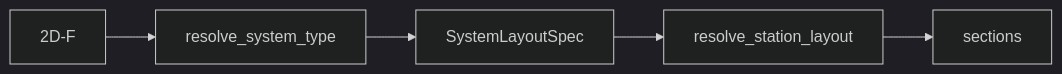
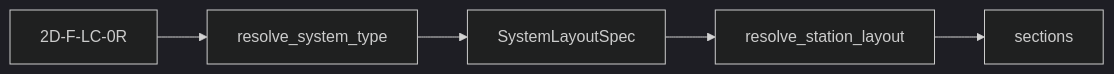
Before and after one commit to samhughes-fea/implicit-geometry-kernel: the diagram in docs/section/layout/README.md, drawn with Mermaid (dark theme). The commit also changed other lines of this file and 589 other files, not shown here.

````diff
--- a/docs/section/layout/README.md
+++ b/docs/section/layout/README.md
@@ -84,7 +84,7 @@
 ```mermaid
 flowchart LR
-  Key["2D-F"] --> Resolve[resolve_system_type]
+  Key["2D-F-LC-0R"] --> Resolve[resolve_system_type]
   Resolve --> Spec[SystemLayoutSpec]
   Spec --> Station[resolve_station_layout]
   Station --> Sections[sections]
 ```
````
